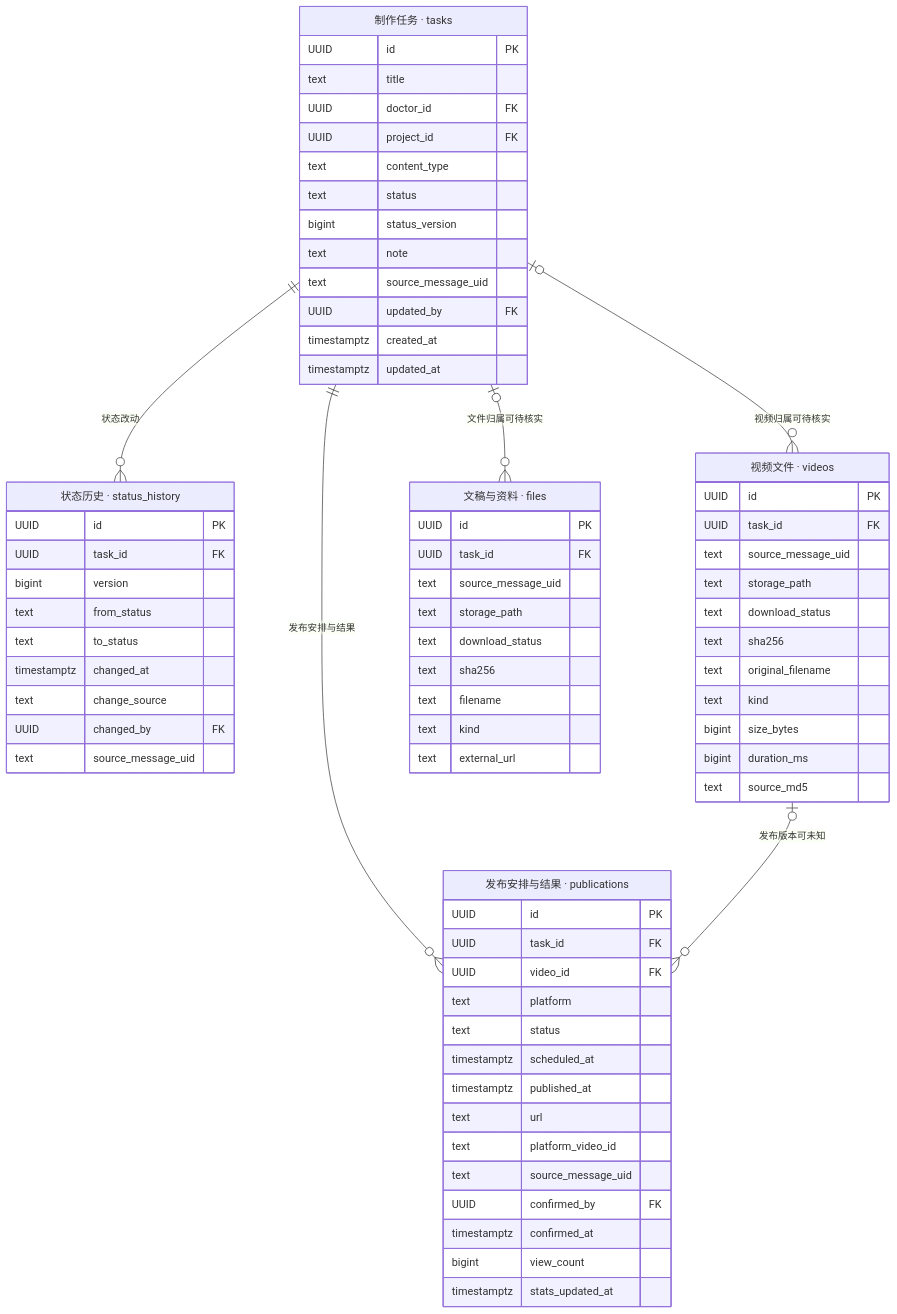
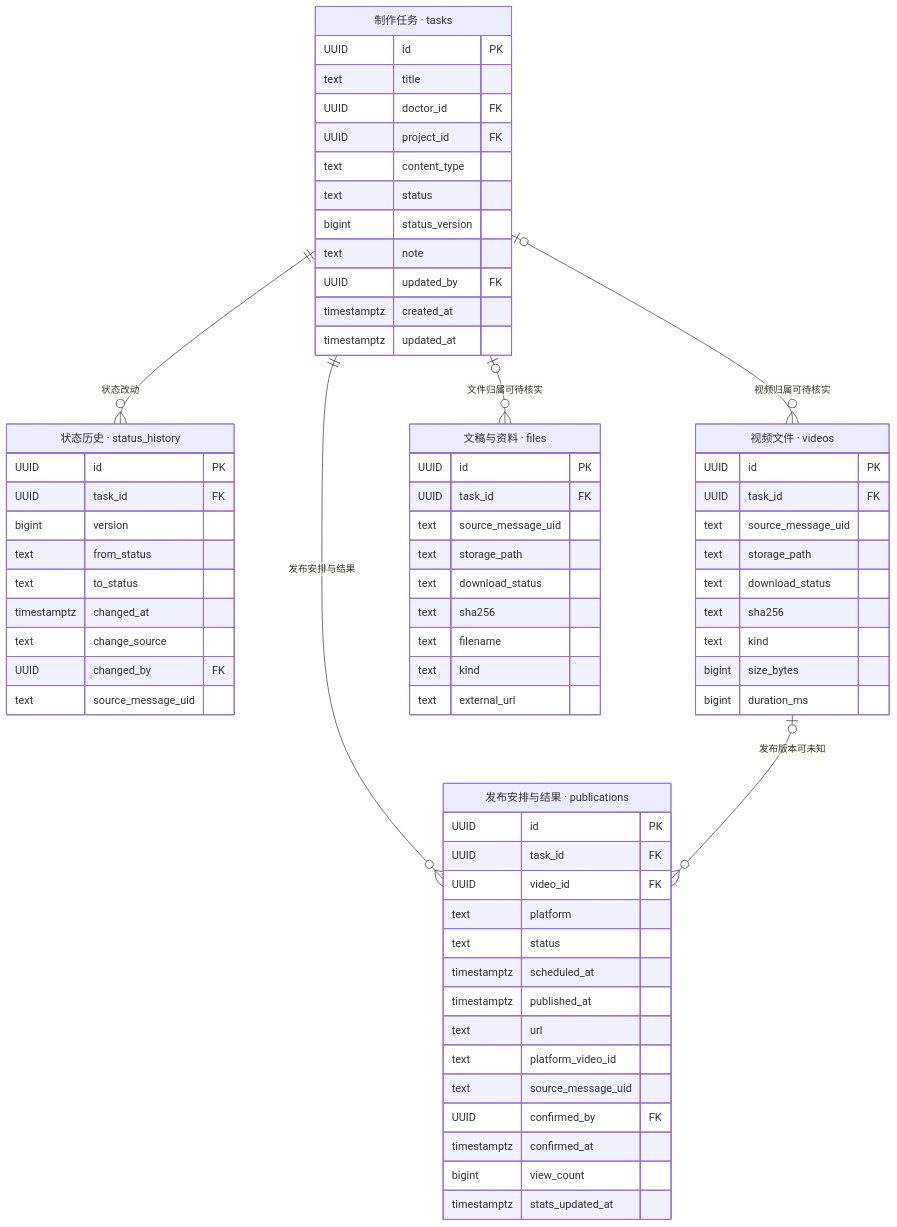
The diagram in task-model-20261017/maizi-task-database-20261017-v01-tasks.mmd (xunzhengkepu/docs), drawn with Mermaid before and after one commit. The commit also changed 8 other files, not shown here.

Commit message:
docs: implement simplified PostgreSQL business schema and status constraints

```diff
--- a/task-model-20261017/maizi-task-database-20261017-v01-tasks.mmd
+++ b/task-model-20261017/maizi-task-database-20261017-v01-tasks.mmd
@@ -1,71 +1,68 @@
 erDiagram
     tasks ||--o{ status_history : "状态改动"
     tasks o|--o{ videos : "视频归属可待核实"
     tasks o|--o{ files : "文件归属可待核实"
     tasks ||--o{ publications : "发布安排与结果"
     videos o|--o{ publications : "发布版本可未知"
     tasks["制作任务 · tasks"] {
         UUID id PK
         text title
         UUID doctor_id FK
         UUID project_id FK
         text content_type
         text status
         bigint status_version
         text note
-        text source_message_uid
         UUID updated_by FK
         timestamptz created_at
         timestamptz updated_at
     }
     status_history["状态历史 · status_history"] {
         UUID id PK
         UUID task_id FK
         bigint version
         text from_status
         text to_status
         timestamptz changed_at
         text change_source
         UUID changed_by FK
         text source_message_uid
     }
     videos["视频文件 · videos"] {
         UUID id PK
         UUID task_id FK
         text source_message_uid
         text storage_path
         text download_status
         text sha256
-        text original_filename
         text kind
         bigint size_bytes
         bigint duration_ms
-        text source_md5
     }
     files["文稿与资料 · files"] {
         UUID id PK
         UUID task_id FK
         text source_message_uid
         text storage_path
         text download_status
         text sha256
         text filename
         text kind
         text external_url
     }
     publications["发布安排与结果 · publications"] {
         UUID id PK
         UUID task_id FK
         UUID video_id FK
         text platform
         text status
         timestamptz scheduled_at
         timestamptz published_at
         text url
         text platform_video_id
         text source_message_uid
         UUID confirmed_by FK
         timestamptz confirmed_at
         bigint view_count
         timestamptz stats_updated_at
     }
```
